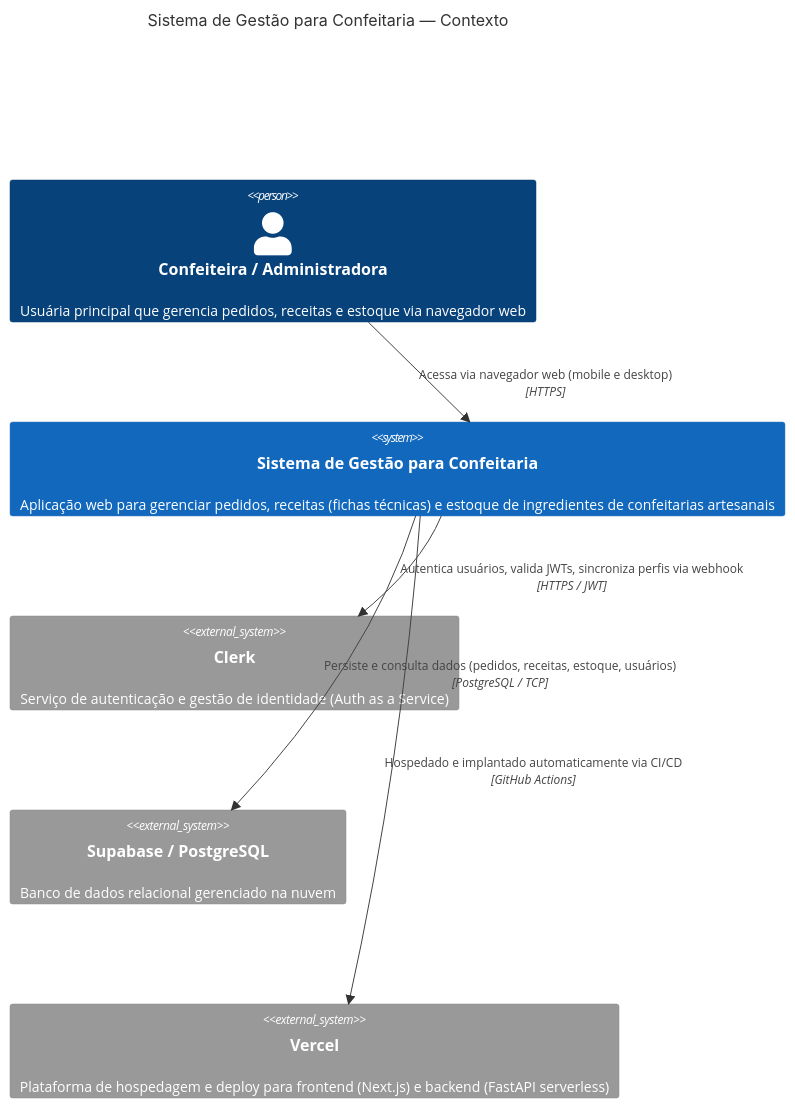
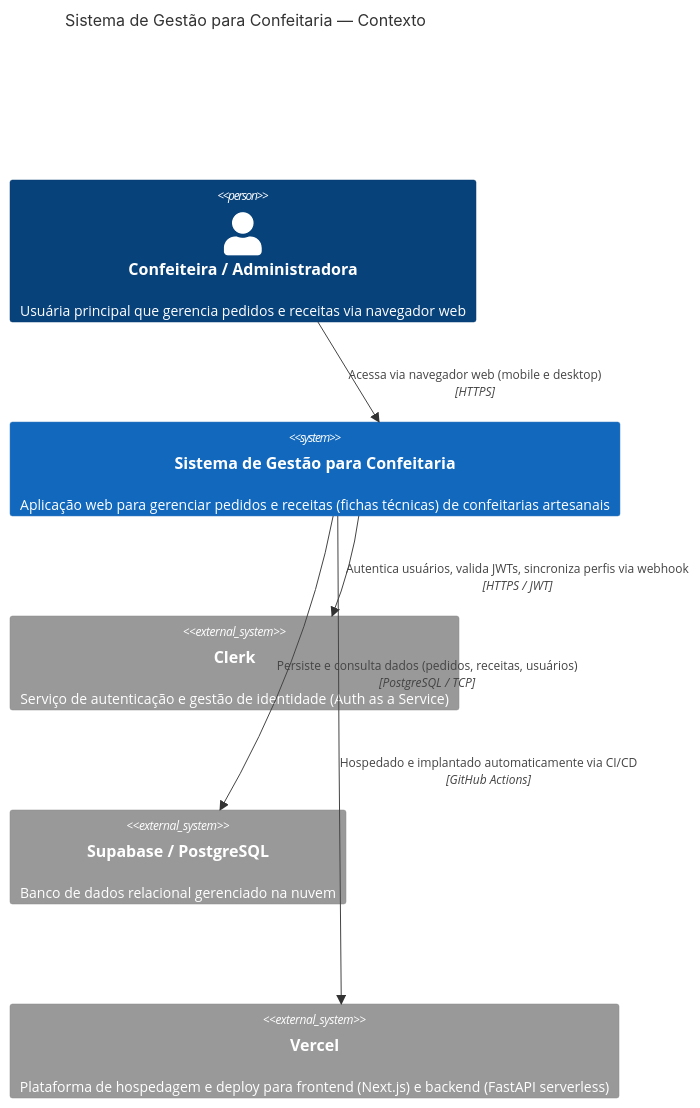
One commit to AntonioAlberto25/Projeto-Confeitaria-FastAPI---Python changed the first of 5 diagrams in docs/modelos_c4.md. Above: the diagram before and after it, drawn with Mermaid. The commit also changed other lines of this file and 12 other files, not shown here.

````diff
--- a/docs/modelos_c4.md
+++ b/docs/modelos_c4.md
@@ -11,17 +11,17 @@
 ```mermaid
 C4Context
     title Sistema de Gestão para Confeitaria — Contexto
 
-    Person(confeiteira, "Confeiteira / Administradora", "Usuária principal que gerencia pedidos, receitas e estoque via navegador web")
+    Person(confeiteira, "Confeiteira / Administradora", "Usuária principal que gerencia pedidos e receitas via navegador web")
 
-    System(confeitariaApp, "Sistema de Gestão para Confeitaria", "Aplicação web para gerenciar pedidos, receitas (fichas técnicas) e estoque de ingredientes de confeitarias artesanais")
+    System(confeitariaApp, "Sistema de Gestão para Confeitaria", "Aplicação web para gerenciar pedidos e receitas (fichas técnicas) de confeitarias artesanais")
 
     System_Ext(clerk, "Clerk", "Serviço de autenticação e gestão de identidade (Auth as a Service)")
     System_Ext(supabase, "Supabase / PostgreSQL", "Banco de dados relacional gerenciado na nuvem")
     System_Ext(vercel, "Vercel", "Plataforma de hospedagem e deploy para frontend (Next.js) e backend (FastAPI serverless)")
 
     Rel(confeiteira, confeitariaApp, "Acessa via navegador web (mobile e desktop)", "HTTPS")
     Rel(confeitariaApp, clerk, "Autentica usuários, valida JWTs, sincroniza perfis via webhook", "HTTPS / JWT")
-    Rel(confeitariaApp, supabase, "Persiste e consulta dados (pedidos, receitas, estoque, usuários)", "PostgreSQL / TCP")
+    Rel(confeitariaApp, supabase, "Persiste e consulta dados (pedidos, receitas, usuários)", "PostgreSQL / TCP")
     Rel(confeitariaApp, vercel, "Hospedado e implantado automaticamente via CI/CD", "GitHub Actions")
 ```
````
